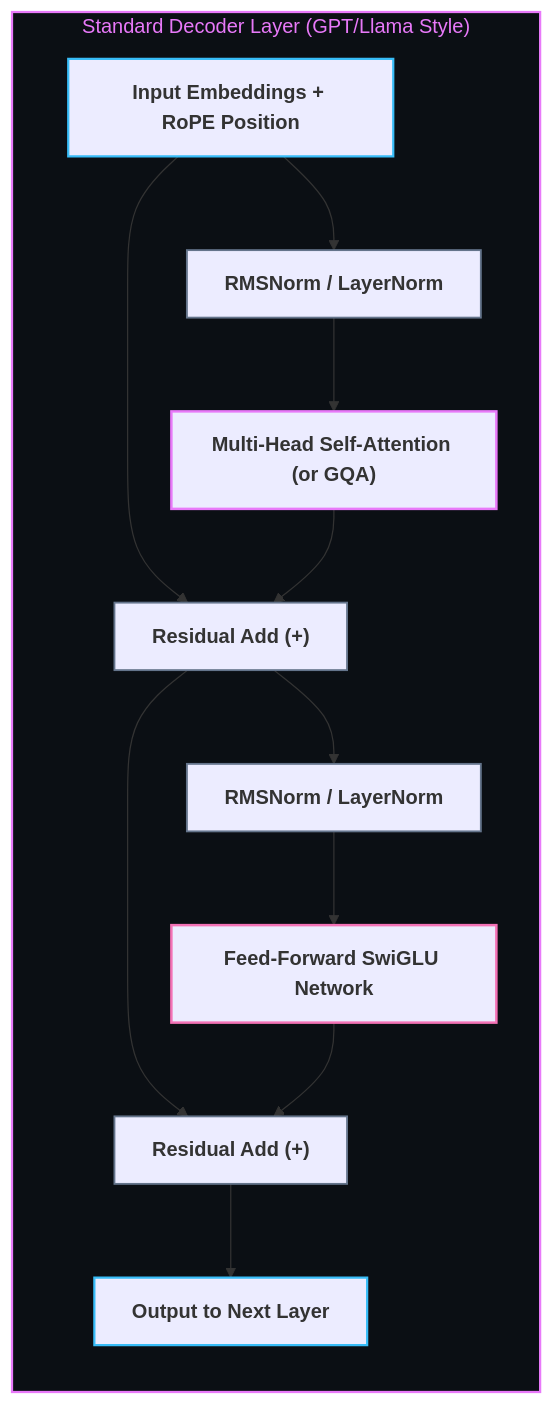
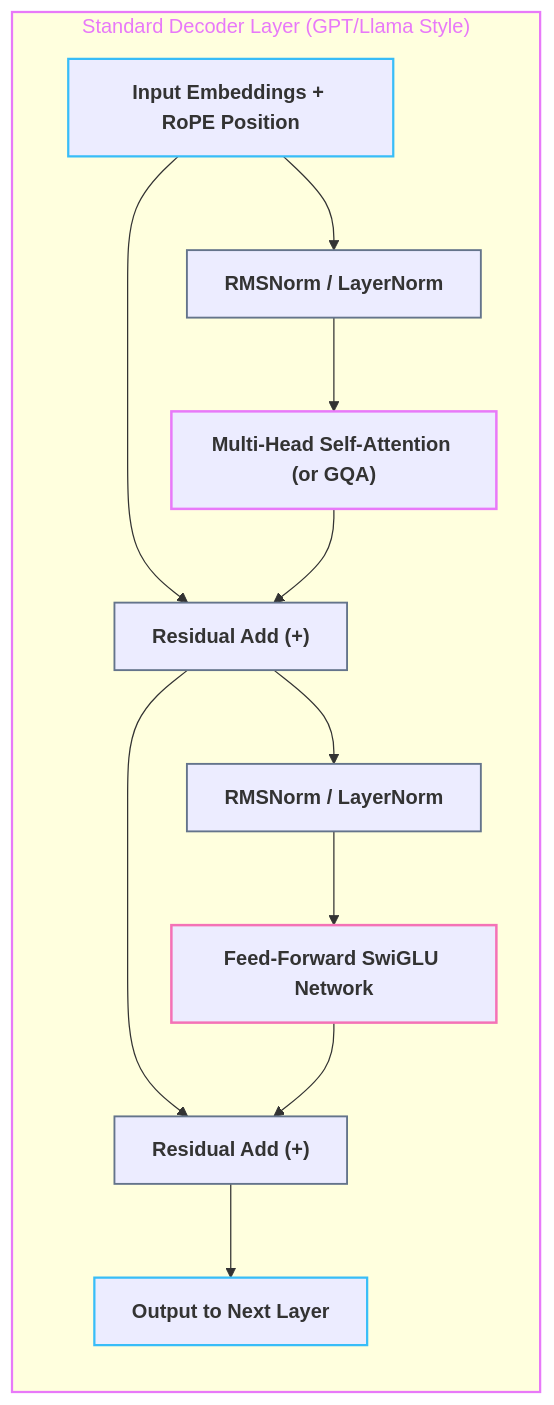
One commit to abhinavbharti2345/CS_Notes changed the diagram in BrainOS/07 - AI & Machine Learning/Transformers.md. Above: the diagram before and after it, drawn with Mermaid. The commit also changed 26 other files, not shown here.

Commit message:
feat: initialize BrainOS knowledge base with foundational curriculum and roadmap notes

````diff
--- a/BrainOS/07 - AI & Machine Learning/Transformers.md
+++ b/BrainOS/07 - AI & Machine Learning/Transformers.md
@@ -39,25 +39,25 @@
 ```mermaid
 flowchart TD
     subgraph XFORMER_BLOCK ["Standard Decoder Layer (GPT/Llama Style)"]
         direction TB
         IN["<b>Input Embeddings + RoPE Position</b>"] --> LN1["<b>RMSNorm / LayerNorm</b>"]
         LN1 --> ATTN["<b>Multi-Head Self-Attention (or GQA)</b>"]
         IN & ATTN --> ADD1["<b>Residual Add (+)</b>"]
         ADD1 --> LN2["<b>RMSNorm / LayerNorm</b>"]
         LN2 --> MLP["<b>Feed-Forward SwiGLU Network</b>"]
         ADD1 & MLP --> ADD2["<b>Residual Add (+)</b>"]
         ADD2 --> OUT["<b>Output to Next Layer</b>"]
     end
 
-    style XFORMER_BLOCK fill:#0B0F14,stroke:#E879F9,stroke-width:1.8px,color:#E879F9
+    style XFORMER_BLOCK stroke:#E879F9,stroke-width:1.8px,color:#E879F9
 
     classDef ioNode stroke:#38BDF8,stroke-width:1.8px;
     classDef normNode stroke:#64748B,stroke-width:1.5px;
     classDef attnNode stroke:#E879F9,stroke-width:2px;
     classDef mlpNode stroke:#F472B6,stroke-width:2px;
 
     class IN,OUT ioNode;
     class LN1,LN2,ADD1,ADD2 normNode;
     class ATTN attnNode;
     class MLP mlpNode;
 ```
````
